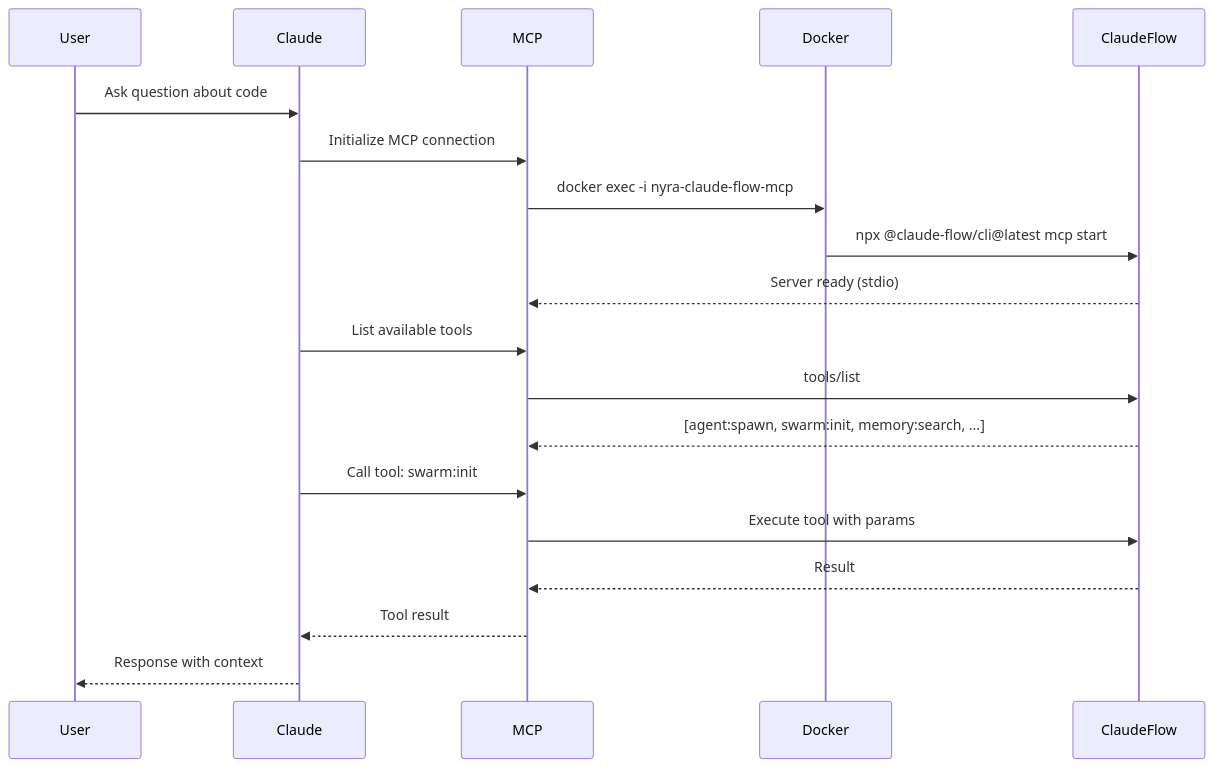
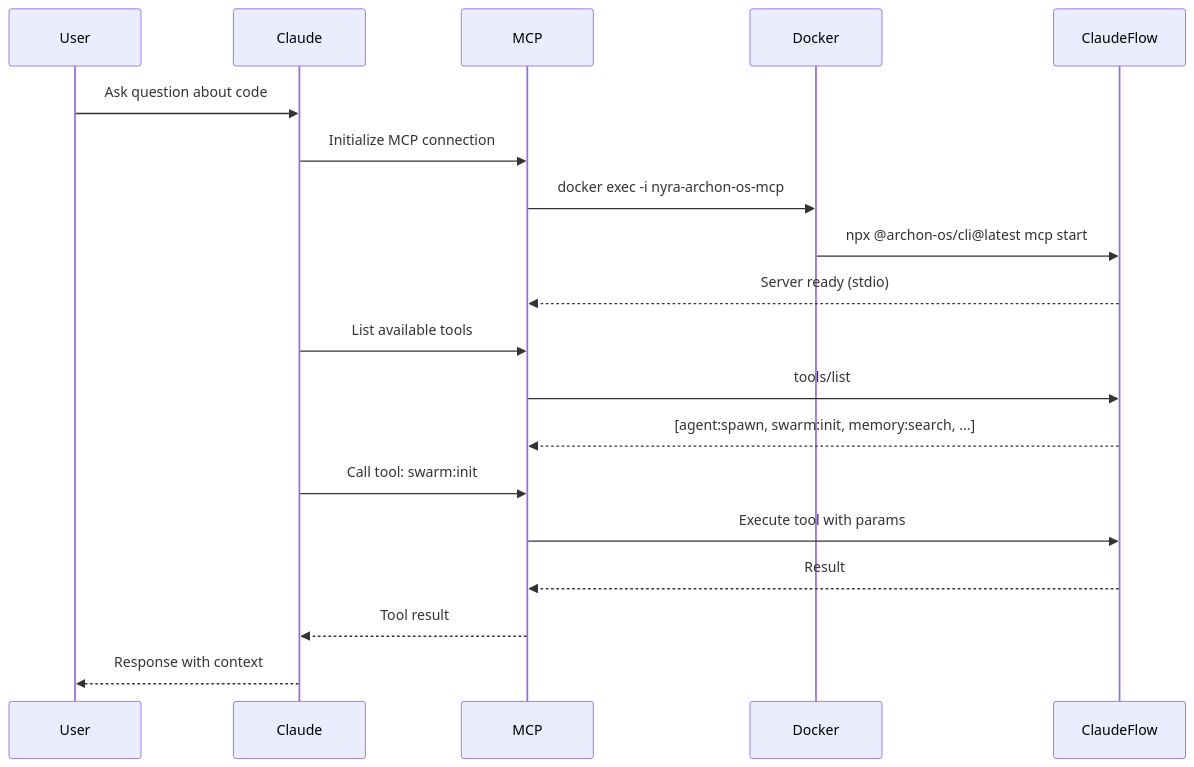
One commit to ellisapotheosis/Project-Nyra changed the seventh of 17 diagrams in docs/architecture/MODERN-REPO-ARCHITECTURE-2026.md. Above: the diagram before and after it, drawn with Mermaid. The commit also changed other lines of this file and 992 other files, not shown here.

````diff
--- a/docs/architecture/MODERN-REPO-ARCHITECTURE-2026.md
+++ b/docs/architecture/MODERN-REPO-ARCHITECTURE-2026.md
@@ -728,24 +728,24 @@
 ```mermaid
 sequenceDiagram
     participant User
     participant Claude
     participant MCP
     participant Docker
     participant ClaudeFlow
 
     User->>Claude: Ask question about code
     Claude->>MCP: Initialize MCP connection
-    MCP->>Docker: docker exec -i nyra-claude-flow-mcp
-    Docker->>ClaudeFlow: npx @claude-flow/cli@latest mcp start
+    MCP->>Docker: docker exec -i nyra-archon-os-mcp
+    Docker->>ClaudeFlow: npx @archon-os/cli@latest mcp start
     ClaudeFlow-->>MCP: Server ready (stdio)
 
     Claude->>MCP: List available tools
     MCP->>ClaudeFlow: tools/list
     ClaudeFlow-->>MCP: [agent:spawn, swarm:init, memory:search, ...]
 
     Claude->>MCP: Call tool: swarm:init
     MCP->>ClaudeFlow: Execute tool with params
     ClaudeFlow-->>MCP: Result
     MCP-->>Claude: Tool result
     Claude-->>User: Response with context
 ```
````
